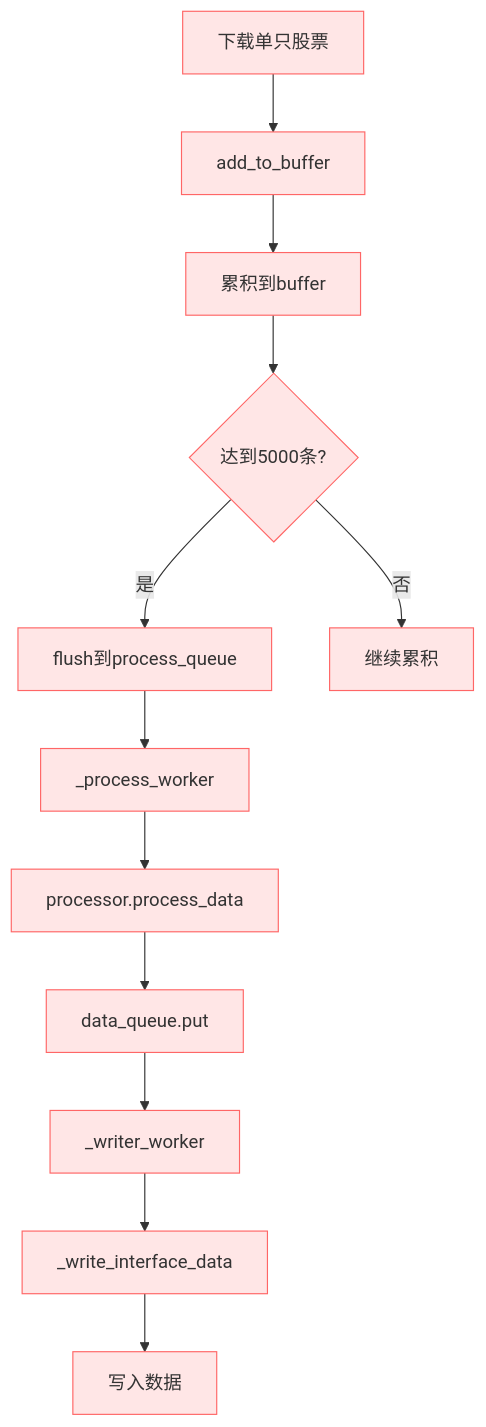
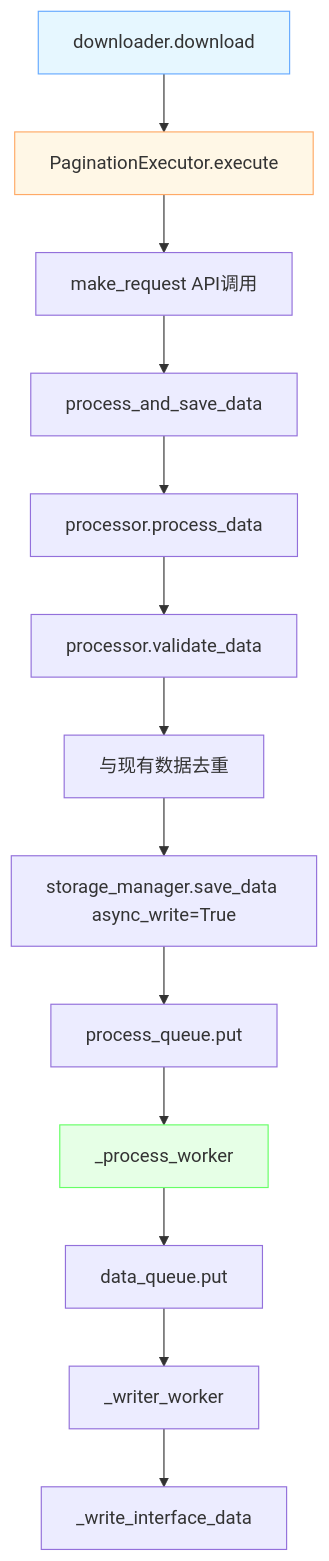
Before and after one commit to k2o333/quantaalpha: diagram 16 of 17 in p/main_to_interface_flow.md, drawn with Mermaid. The commit also changed other lines of this file and 1 other file, not shown here.

````diff
--- a/p/main_to_interface_flow.md
+++ b/p/main_to_interface_flow.md
@@ -361,27 +510,19 @@
 ```mermaid
 graph TD
-    A[下载单只股票] --> B[add_to_buffer]
-    B --> C[累积到buffer]
-    C --> D{达到5000条?}
-    D -->|是| E[flush到process_queue]
-    D -->|否| F[继续累积]
-    E --> G[_process_worker]
-    G --> H[processor.process_data]
-    H --> I[data_queue.put]
-    I --> J[_writer_worker]
-    J --> K[_write_interface_data]
-    K --> L[写入数据]
-    
-    style A fill:#ffe6e6,stroke:#ff6666
-    style B fill:#ffe6e6,stroke:#ff6666
-    style C fill:#ffe6e6,stroke:#ff6666
-    style D fill:#ffe6e6,stroke:#ff6666
-    style E fill:#ffe6e6,stroke:#ff6666
-    style F fill:#ffe6e6,stroke:#ff6666
-    style G fill:#ffe6e6,stroke:#ff6666
-    style H fill:#ffe6e6,stroke:#ff6666
-    style I fill:#ffe6e6,stroke:#ff6666
-    style J fill:#ffe6e6,stroke:#ff6666
-    style K fill:#ffe6e6,stroke:#ff6666
-    style L fill:#ffe6e6,stroke:#ff6666
+    A[downloader.download] --> B[PaginationExecutor.execute]
+    B --> C[make_request API调用]
+    C --> D[process_and_save_data]
+    D --> E[processor.process_data]
+    E --> F[processor.validate_data]
+    F --> G[与现有数据去重]
+    G --> H[storage_manager.save_data async_write=True]
+    H --> I[process_queue.put]
+    I --> J[_process_worker]
+    J --> K[data_queue.put]
+    K --> L[_writer_worker]
+    L --> M[_write_interface_data]
+
+    style A fill:#e6f7ff,stroke:#66aaff
+    style B fill:#fff7e6,stroke:#ffaa66
+    style J fill:#e6ffe6,stroke:#66ff66
 ```
````
